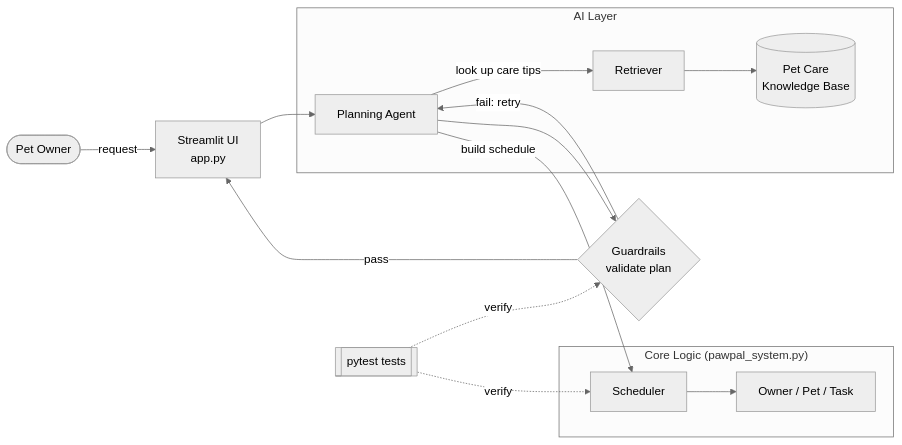
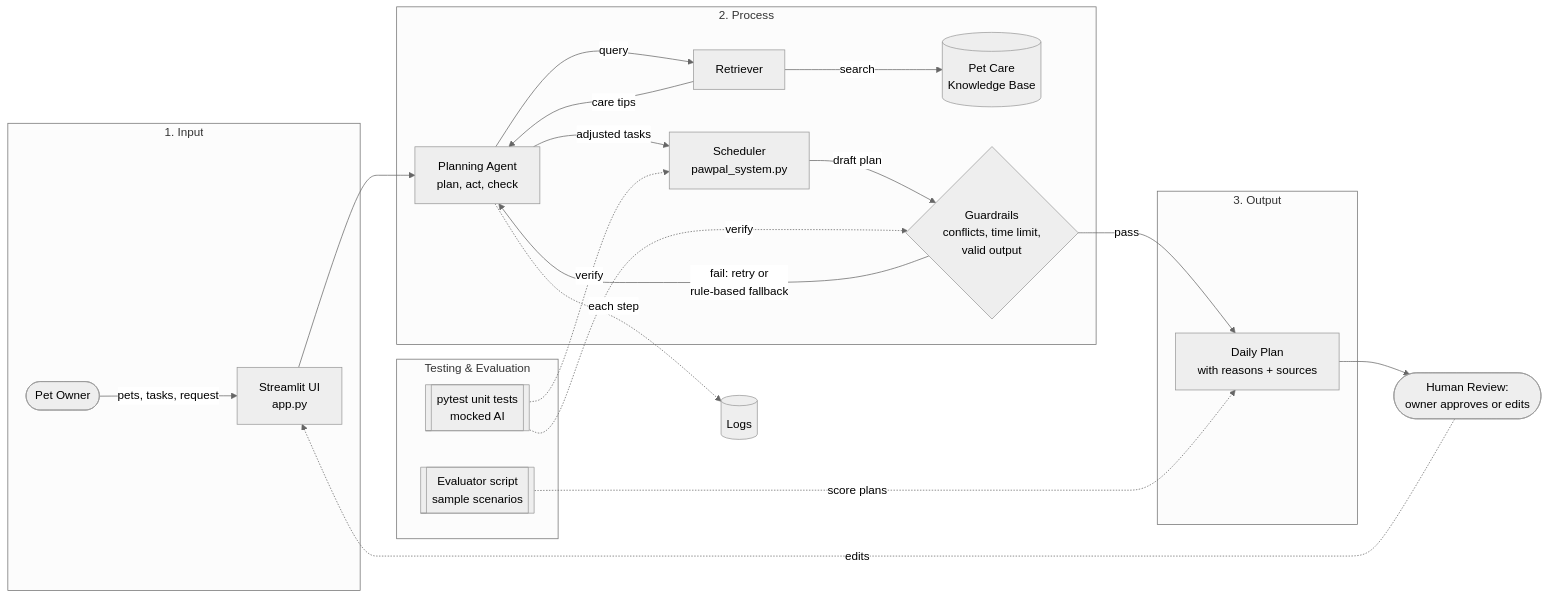
One commit to alanre26/applied-ai-system-project changed the diagram in diagrams/architecture.mmd. Above: the diagram before and after it, drawn with Mermaid (neutral theme).

Commit message:
Update architecture diagram with data flow, human review, and evaluation

```diff
--- a/diagrams/architecture.mmd
+++ b/diagrams/architecture.mmd
@@ -1,29 +1,45 @@
 flowchart LR
     %% PawPal+ AI system architecture: RAG + scheduling agent
+    %% Flow: INPUT -> PROCESS -> OUTPUT, with human and automated checks
 
-    User([Pet Owner]) -->|request| UI[Streamlit UI<br/>app.py]
+    subgraph Input["1. Input"]
+        User([Pet Owner])
+        UI[Streamlit UI<br/>app.py]
+        User -->|pets, tasks, request| UI
+    end
 
-    subgraph AI["AI Layer"]
-        Agent[Planning Agent]
+    subgraph Process["2. Process"]
+        Agent[Planning Agent<br/>plan, act, check]
         Retriever[Retriever]
         KB[(Pet Care<br/>Knowledge Base)]
-        Retriever --> KB
+        Scheduler[Scheduler<br/>pawpal_system.py]
+        Guard{Guardrails<br/>conflicts, time limit,<br/>valid output}
+
+        Agent -->|query| Retriever
+        Retriever -->|search| KB
+        Retriever -->|care tips| Agent
+        Agent -->|adjusted tasks| Scheduler
+        Scheduler -->|draft plan| Guard
+        Guard -->|fail: retry or<br/>rule-based fallback| Agent
     end
 
-    subgraph Core["Core Logic (pawpal_system.py)"]
-        Scheduler[Scheduler]
-        Data[Owner / Pet / Task]
-        Scheduler --> Data
+    subgraph Output["3. Output"]
+        Plan[Daily Plan<br/>with reasons + sources]
     end
 
-    Guard{Guardrails<br/>validate plan}
+    UI --> Agent
+    Guard -->|pass| Plan
+    Plan --> Review([Human Review:<br/>owner approves or edits])
+    Review -.->|edits| UI
 
-    UI --> Agent
-    Agent -->|look up care tips| Retriever
-    Agent -->|build schedule| Scheduler
-    Agent --> Guard
-    Guard -->|pass| UI
-    Guard -->|fail: retry| Agent
+    subgraph Testing["Testing & Evaluation"]
+        Tests[[pytest unit tests<br/>mocked AI]]
+        Eval[[Evaluator script<br/>sample scenarios]]
+    end
 
-    Tests[[pytest tests]] -.->|verify| Scheduler
+    Tests -.->|verify| Scheduler
     Tests -.->|verify| Guard
+    Eval -.->|score plans| Plan
+
+    Log[(Logs)]
+    Agent -.->|each step| Log
```
